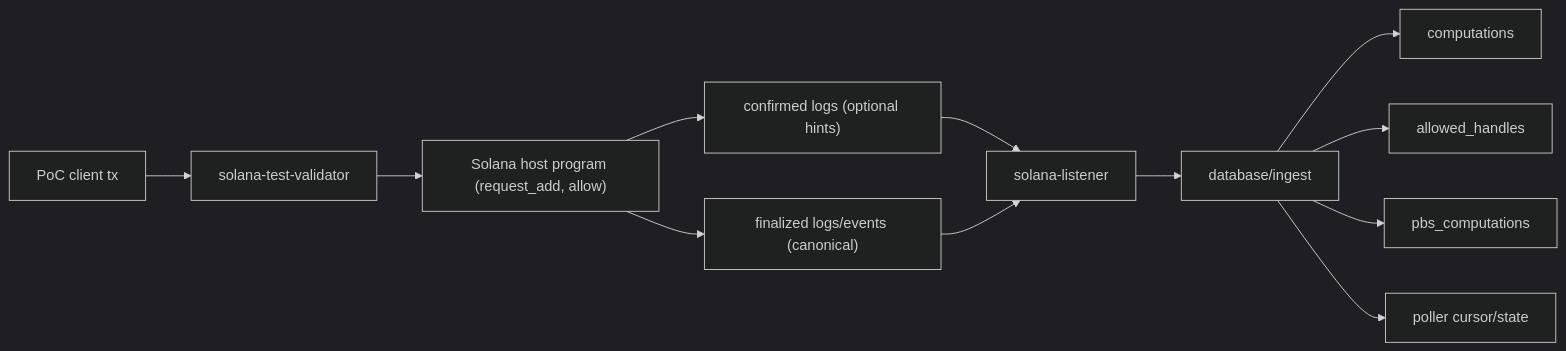
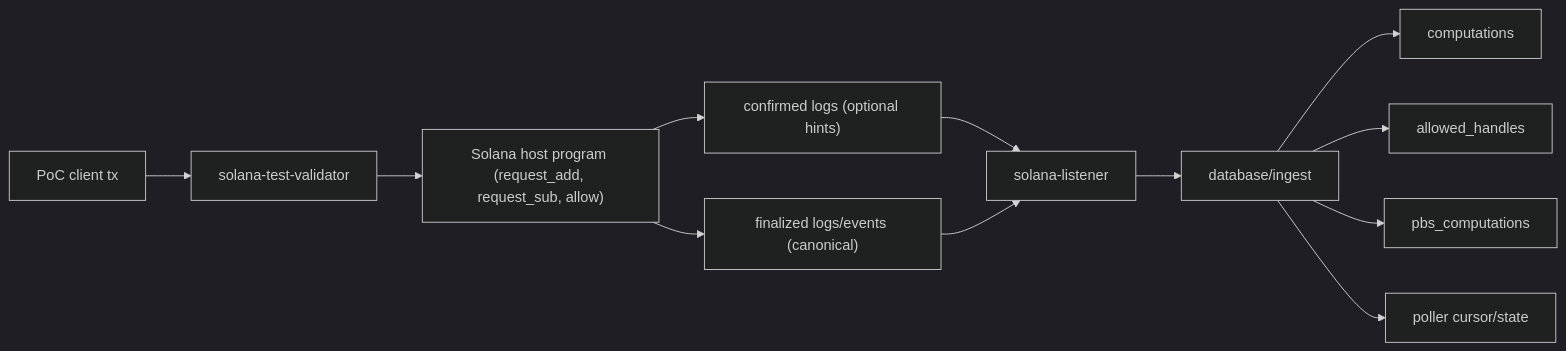
Before and after one commit to zama-ai/fhevm: the second of 2 diagrams in docs/protocol/explorations/solana-host-listener/PLAN.md, drawn with Mermaid (dark theme). The commit also changed other lines of this file and 7 other files, not shown here.

````diff
--- a/docs/protocol/explorations/solana-host-listener/PLAN.md
+++ b/docs/protocol/explorations/solana-host-listener/PLAN.md
@@ -64,14 +65,14 @@
 ```mermaid
 flowchart LR
   U["PoC client tx"] --> V["solana-test-validator"]
-  V --> H["Solana host program (request_add, allow)"]
+  V --> H["Solana host program (request_add, request_sub, allow)"]
   H --> L["confirmed logs (optional hints)"]
   H --> P["finalized logs/events (canonical)"]
   L --> S["solana-listener"]
   P --> S
   S --> I["database/ingest"]
   I --> C1["computations"]
   I --> C2["allowed_handles"]
   I --> C3["pbs_computations"]
   I --> C4["poller cursor/state"]
 ```
````
